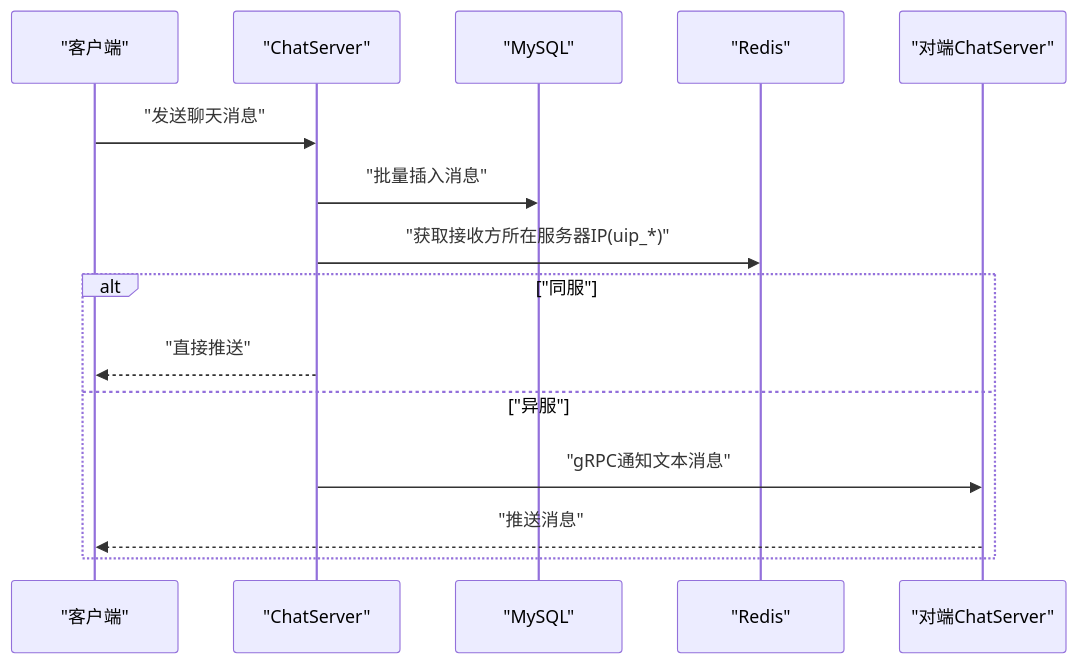
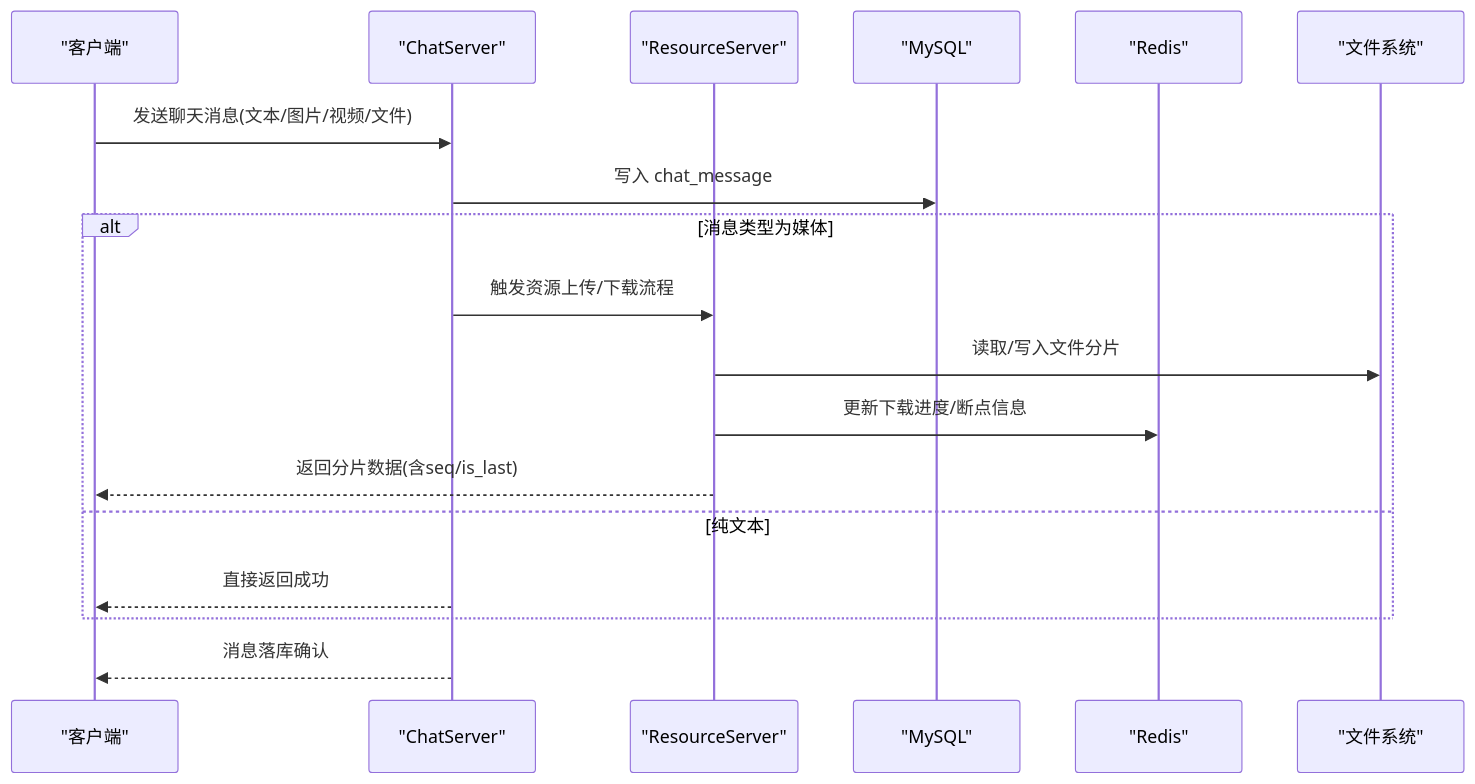
Before and after one commit to echo9923/mychatter: the second of 5 diagrams in .qoder/repowiki/zh/content/数据库设计/数据库设计.md, drawn with Mermaid. The commit also changed other lines of this file and 526 other files, not shown here.

````diff
--- a/.qoder/repowiki/zh/content/数据库设计/数据库设计.md
+++ b/.qoder/repowiki/zh/content/数据库设计/数据库设计.md
@@ -97,17 +83,20 @@
 ```mermaid
 sequenceDiagram
 participant Client as "客户端"
 participant Chat as "ChatServer"
-participant MySQL as "MySQL"
-participant Redis as "Redis"
-participant Peer as "对端ChatServer"
-Client->>Chat : "发送聊天消息"
-Chat->>MySQL : "批量插入消息"
-Chat->>Redis : "获取接收方所在服务器IP(uip_*)"
-alt "同服"
-Chat-->>Client : "直接推送"
-else "异服"
-Chat->>Peer : "gRPC通知文本消息"
-Peer-->>Client : "推送消息"
+participant Res as "ResourceServer"
+participant DB as "MySQL"
+participant Cache as "Redis"
+participant FS as "文件系统"
+Client->>Chat : 发送聊天消息(文本/图片/视频/文件)
+Chat->>DB : 写入 chat_message
+alt 消息类型为媒体
+Chat->>Res : 触发资源上传/下载流程
+Res->>FS : 读取/写入文件分片
+Res->>Cache : 更新下载进度/断点信息
+Res-->>Client : 返回分片数据(含seq/is_last)
+else 纯文本
+Chat-->>Client : 直接返回成功
 end
+Chat-->>Client : 消息落库确认
 ```
````
